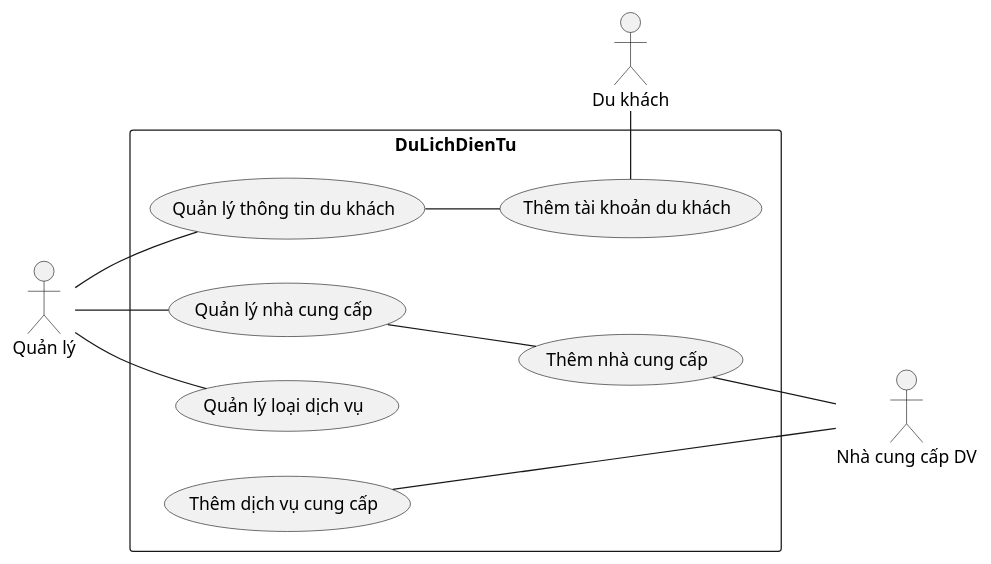
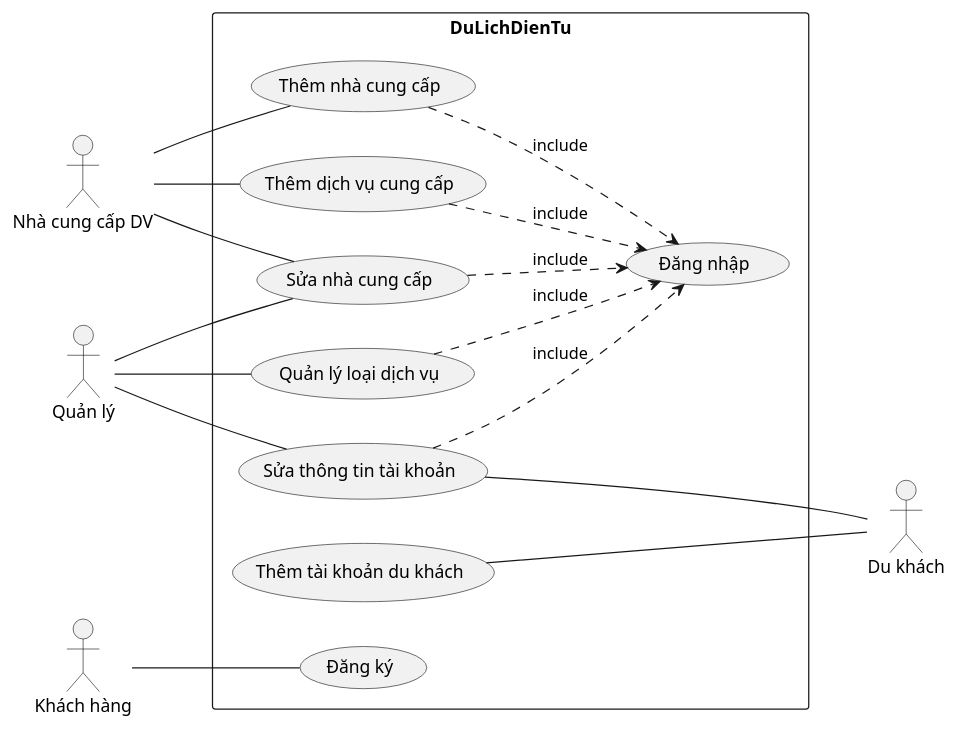
One commit to TranTan-Dat/LV_DuLichDienTu changed the diagram in PlanUML/UC_TongQuan.puml. Above: the diagram before and after it, drawn with PlantUML.

Commit message:
Finish Uc Dia

```diff
--- a/PlanUML/UC_TongQuan.puml
+++ b/PlanUML/UC_TongQuan.puml
@@ -1,26 +1,34 @@
 @startuml Hệ Thống Sàn điện tử
 left to right direction
 actor "Nhà cung cấp DV" as NCC
 actor "Quản lý" as QL
 actor "Du khách" as DK
+actor "Khách hàng" as KH
 
 rectangle DuLichDienTu {    
   usecase "Quản lý loại dịch vụ" as LDV
-  usecase "Quản lý nhà cung cấp" as QLNCC
-  usecase "Thêm nhà cung cấp" as Themncc
-  usecase "Quản lý thông tin du khách" as QLDK  
+  usecase "Thêm nhà cung cấp" as ThemNCC
+  usecase "Sửa nhà cung cấp" as SuaNCC
+  usecase "Sửa thông tin tài khoản" as SuaTTTK
   usecase "Thêm tài khoản du khách" as ThemTKDK
   usecase "Thêm dịch vụ cung cấp" as DVCC
+  usecase "Đăng ký" as DKy 
+  usecase "Đăng nhập"  as DNhap 
+  
 }
 QL -- LDV
-QL -- QLNCC
-QL -- QLDK
-Themncc -- NCC
-NCC - DVCC
-QLNCC -- Themncc
-DK - ThemTKDK
+QL -- SuaNCC
+QL -- SuaTTTK
+NCC -- ThemNCC
+NCC -- DVCC 
+NCC - SuaNCC
+ThemTKDK --- DK 
+SuaTTTK -- DK
 
-
-
-QLDK -- ThemTKDK
+DVCC ..> DNhap : include
+ThemNCC ..> DNhap : include
+LDV ..> DNhap : include
+SuaNCC ..> DNhap : include
+SuaTTTK ..> DNhap : include
+KH -- DKy
 @enduml
```
